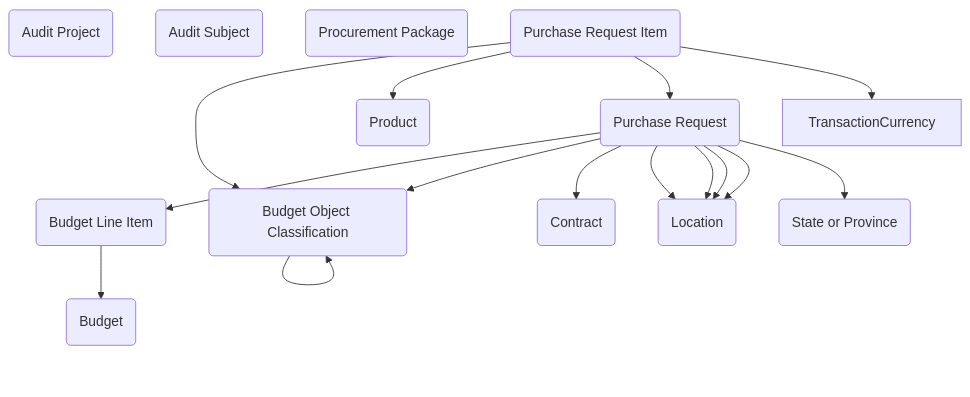
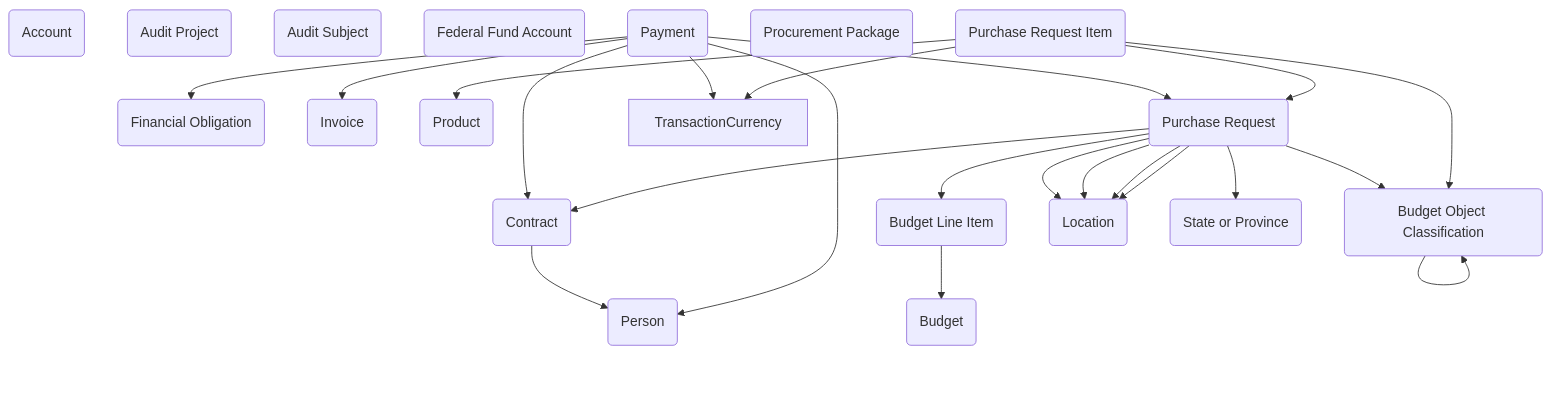
Before and after one commit to microsoft/gov-solutions: the diagram in _data_models/federal-financial.md, drawn with Mermaid. The commit also changed other lines of this file and 7 other files, not shown here.

Commit message:
Federal Financial 1.0.0.1.

````diff
--- a/_data_models/federal-financial.md
+++ b/_data_models/federal-financial.md
@@ -29,30 +28,43 @@
 ```mermaid
 graph TD
+  Account(Account)
+  Contact(Person)
   govcdm_AuditProject(Audit Project)
   govcdm_AuditSubject(Audit Subject)
   govcdm_Budget(Budget)
   govcdm_BudgetLineItem(Budget Line Item)
   govcdm_BudgetObjectClassification(Budget Object Classification)
   govcdm_Contract(Contract)
+  govcdm_FederalFundAccount(Federal Fund Account)
+  govcdm_FinancialObligation(Financial Obligation)
+  govcdm_Invoice(Invoice)
   govcdm_Location(Location)
+  govcdm_Payment(Payment)
   govcdm_ProcurementPackage(Procurement Package)
   govcdm_Product(Product)
   govcdm_PurchaseRequest(Purchase Request)
   govcdm_PurchaseRequestItem(Purchase Request Item)
   govcdm_stateorprovince(State or Province)
+  govcdm_Contract --> Contact
+  govcdm_Payment --> Contact
   govcdm_BudgetLineItem --> govcdm_Budget
   govcdm_PurchaseRequest --> govcdm_BudgetLineItem
   govcdm_BudgetObjectClassification --> govcdm_BudgetObjectClassification
   govcdm_PurchaseRequest --> govcdm_BudgetObjectClassification
   govcdm_PurchaseRequestItem --> govcdm_BudgetObjectClassification
+  govcdm_Payment --> govcdm_Contract
   govcdm_PurchaseRequest --> govcdm_Contract
+  govcdm_Payment --> govcdm_FinancialObligation
+  govcdm_Payment --> govcdm_Invoice
   govcdm_PurchaseRequest --> govcdm_Location
   govcdm_PurchaseRequest --> govcdm_Location
   govcdm_PurchaseRequest --> govcdm_Location
   govcdm_PurchaseRequest --> govcdm_Location
   govcdm_PurchaseRequestItem --> govcdm_Product
+  govcdm_Payment --> govcdm_PurchaseRequest
   govcdm_PurchaseRequestItem --> govcdm_PurchaseRequest
   govcdm_PurchaseRequest --> govcdm_stateorprovince
+  govcdm_Payment --> TransactionCurrency
   govcdm_PurchaseRequestItem --> TransactionCurrency
 
 ```
````
